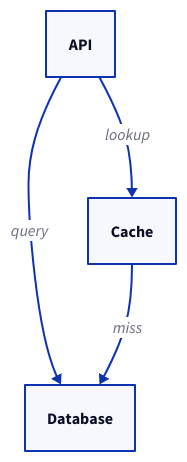
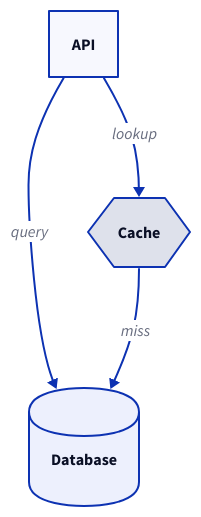
One commit to Sotilrac/daedalus changed the first of 2 diagrams in README.md. Above: the diagram before and after it, drawn with D2. The commit also changed other lines of this file, not shown here.

````diff
--- a/README.md
+++ b/README.md
@@ -28,9 +40,13 @@
 ```d2
 api: API
-db: Database
-cache: Cache
+db: Database {
+  shape: cylinder
+}
+cache: Cache {
+  shape: hexagon
+}
 
 api -> db: query
 api -> cache: lookup
 cache -> db: miss
 ```
````
